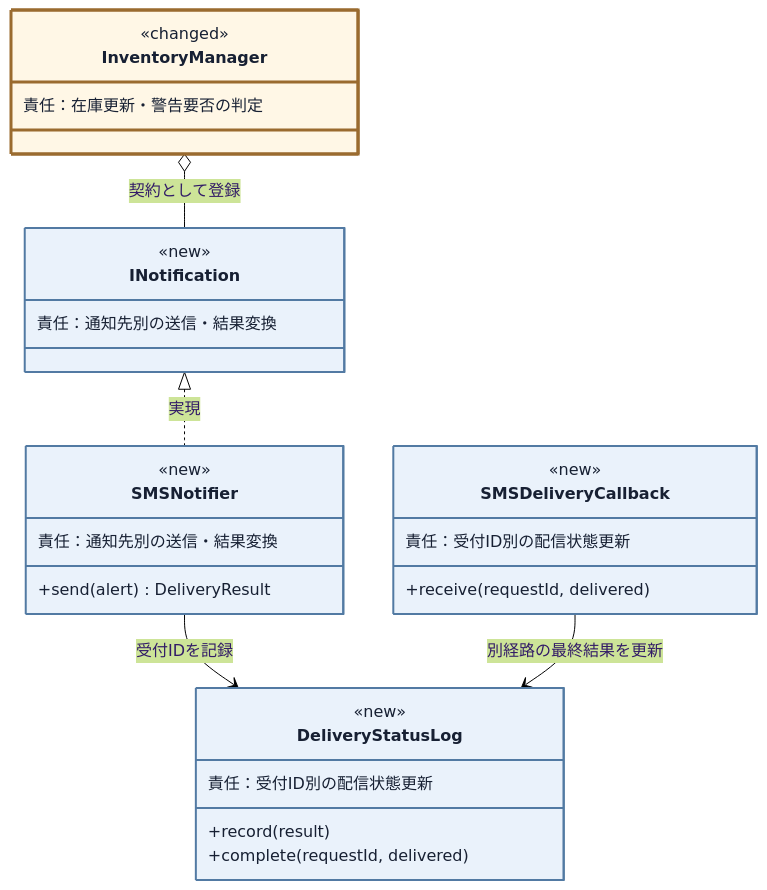
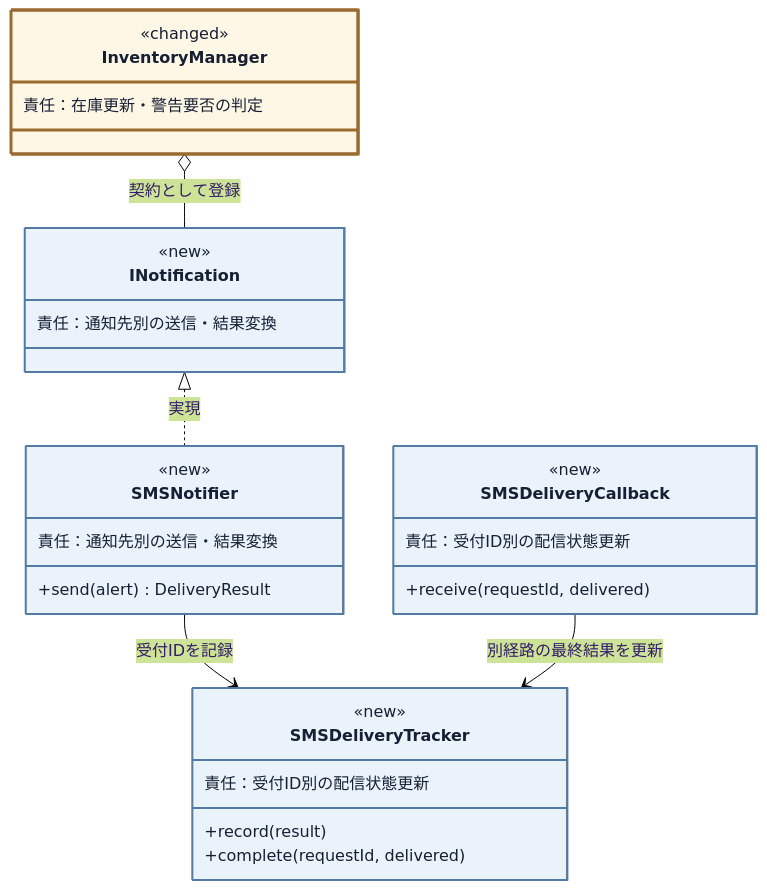
One commit to kumachan1101-pixel/DesignPattern changed diagram 12 of 20 in kindle/design-patterns/books/volume01-core-patterns/output/05-chapter03.md. Above: the diagram before and after it, drawn with Mermaid (forest theme). The commit also changed other lines of this file and 19 other files, not shown here.

````diff
--- a/kindle/design-patterns/books/volume01-core-patterns/output/05-chapter03.md
+++ b/kindle/design-patterns/books/volume01-core-patterns/output/05-chapter03.md
@@ -1759,36 +1758,36 @@
 ```mermaid
 classDiagram
     direction TB
     class InventoryManager:::touched {
         <<changed>>
         責任：在庫更新・警告要否の判定
     }
     class INotification:::added {
         <<new>>
         <<interface>>
         責任：通知先別の送信・結果変換
     }
     class SMSNotifier:::added {
         <<new>>
         責任：通知先別の送信・結果変換
         +send(alert) DeliveryResult
     }
-    class DeliveryStatusLog:::added {
+    class SMSDeliveryTracker:::added {
         <<new>>
         責任：受付ID別の配信状態更新
         +record(result)
         +complete(requestId, delivered)
     }
     class SMSDeliveryCallback:::added {
         <<new>>
         責任：受付ID別の配信状態更新
         +receive(requestId, delivered)
     }
     InventoryManager o-- INotification : 契約として登録
     INotification <|.. SMSNotifier : 実現
-    SMSNotifier --> DeliveryStatusLog : 受付IDを記録
-    SMSDeliveryCallback --> DeliveryStatusLog : 別経路の最終結果を更新
+    SMSNotifier --> SMSDeliveryTracker : 受付IDを記録
+    SMSDeliveryCallback --> SMSDeliveryTracker : 別経路の最終結果を更新
 
     classDef added fill:#eaf2fb,stroke:#527aa3,stroke-width:2px,color:#172033;
     classDef touched fill:#fff7e6,stroke:#9a6b2f,stroke-width:3px,color:#172033;
 ```
````
